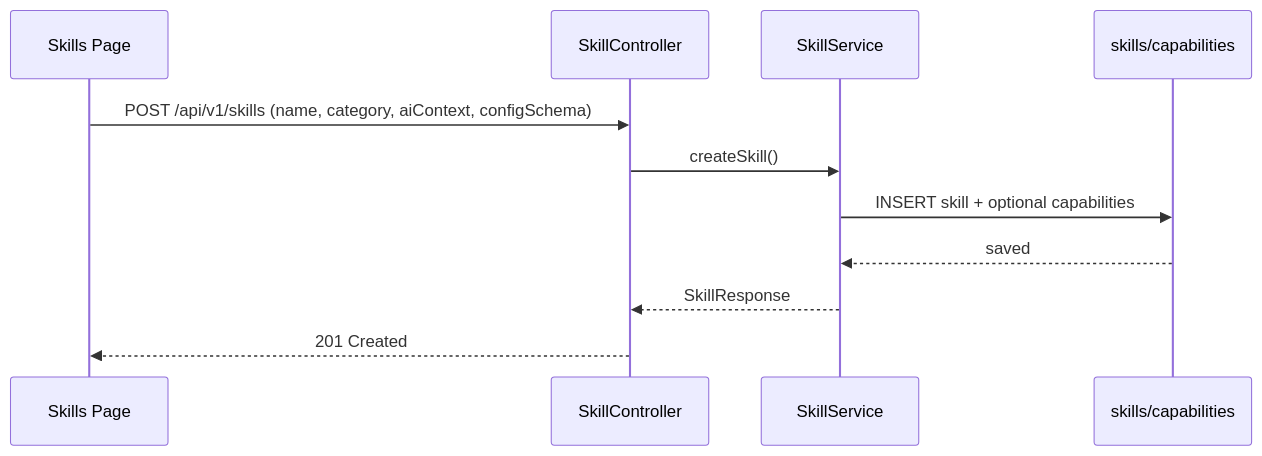
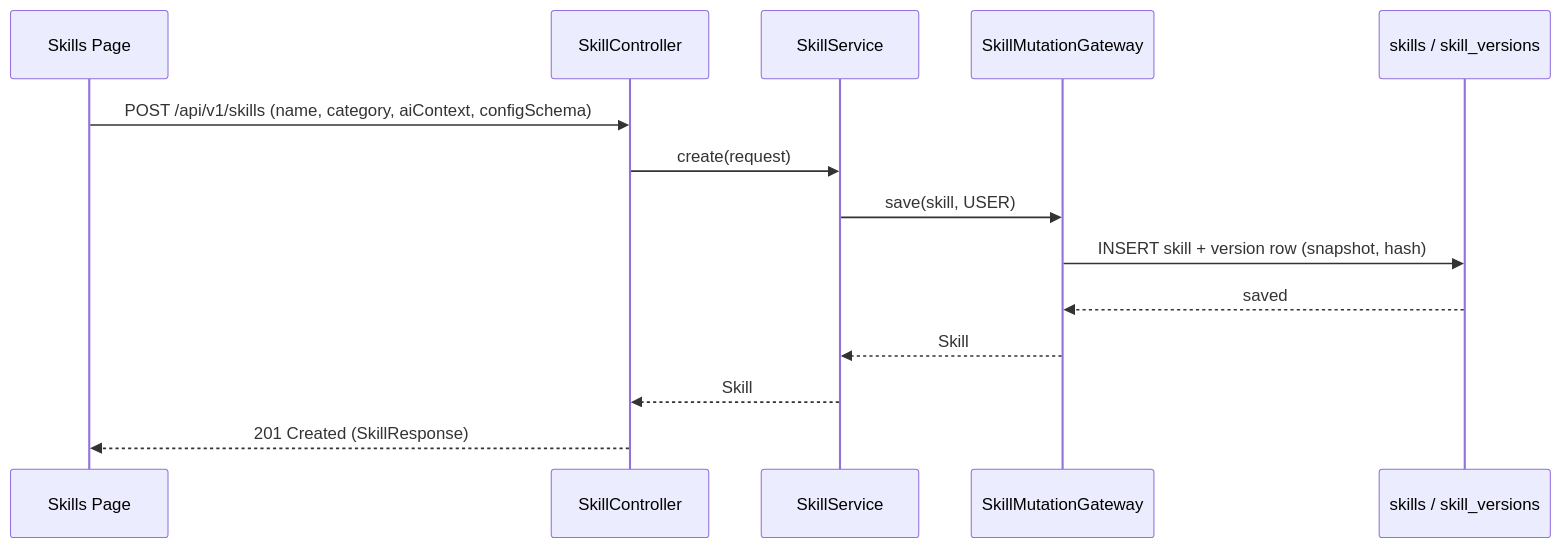
Before and after one commit to FLSEST/MySuricates: the first of 3 diagrams in docs/en/skills-diagrams.md, drawn with Mermaid. The commit also changed other lines of this file and 5 other files, not shown here.

First line of the commit message:
docs(diagramme): Skills page follows gateway, context file and write protection of the capabilities

````diff
--- a/docs/en/skills-diagrams.md
+++ b/docs/en/skills-diagrams.md
@@ -9,14 +11,17 @@
 ```mermaid
 sequenceDiagram
     participant UI as Skills Page
     participant CTR as SkillController
     participant SVC as SkillService
-    participant DB as skills/capabilities
+    participant GW as SkillMutationGateway
+    participant DB as skills / skill_versions
 
     UI->>CTR: POST /api/v1/skills (name, category, aiContext, configSchema)
-    CTR->>SVC: createSkill()
-    SVC->>DB: INSERT skill + optional capabilities
-    DB-->>SVC: saved
-    SVC-->>CTR: SkillResponse
-    CTR-->>UI: 201 Created
+    CTR->>SVC: create(request)
+    SVC->>GW: save(skill, USER)
+    GW->>DB: INSERT skill + version row (snapshot, hash)
+    DB-->>GW: saved
+    GW-->>SVC: Skill
+    SVC-->>CTR: Skill
+    CTR-->>UI: 201 Created (SkillResponse)
 ```
````
